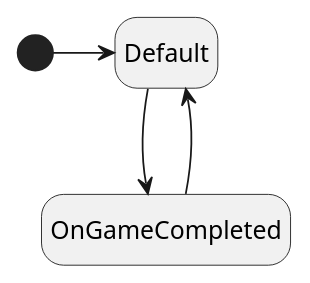
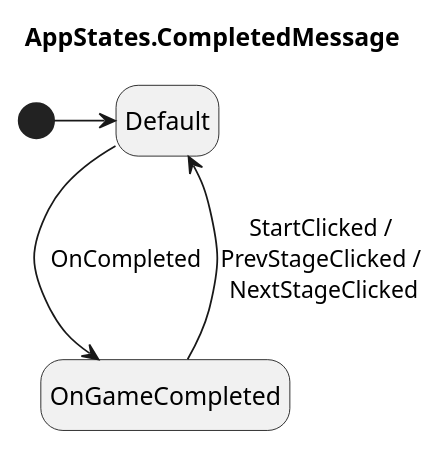
The third of 4 diagrams in uml/MauiSlidePuzzle.puml (tatsuya19871219/MauiSlidePuzzle), drawn with PlantUML before and after one commit. The commit also changed other lines of this file and 2 other files, not shown here.

Commit message:
Fix visual state transitions and update transition diagrams.

```diff
--- a/uml/MauiSlidePuzzle.puml
+++ b/uml/MauiSlidePuzzle.puml
@@ -151,6 +151,7 @@
 @startuml AppStates.CompletedMessage
+title AppStates.CompletedMessage
 hide empty description
 [*] -> Default
-Default --> OnGameCompleted
-OnGameCompleted --> Default
+Default --> OnGameCompleted : OnCompleted
+OnGameCompleted --> Default : StartClicked / \nPrevStageClicked / \nNextStageClicked
 @enduml
```
